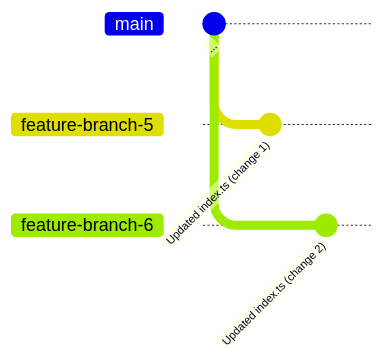
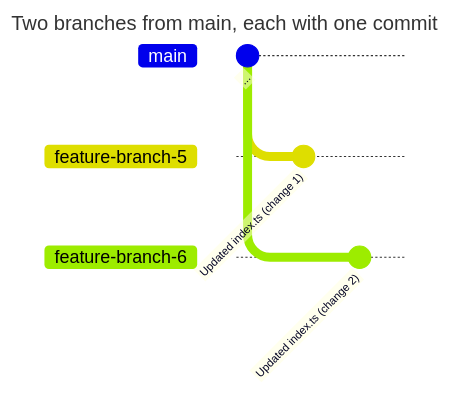
Before and after one commit to nerdschoolbergen/git: the second of 7 diagrams in exercise-4/README.md, drawn with Mermaid. The commit also changed other lines of this file and 17 other files, not shown here.

````diff
--- a/exercise-4/README.md
+++ b/exercise-4/README.md
@@ -28,9 +33,12 @@
 ```mermaid
+---
+title: Two branches from main, each with one commit
+---
 gitGraph
    commit id: "..."
    branch feature-branch-5
    commit id: "Updated index.ts (change 1)"
    checkout main
    branch feature-branch-6
    commit id: "Updated index.ts (change 2)"
 ```
````
